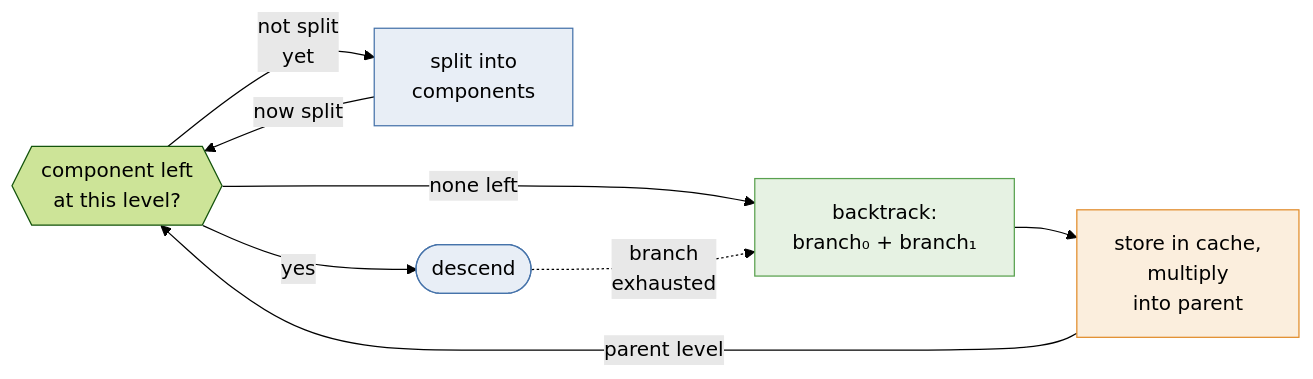
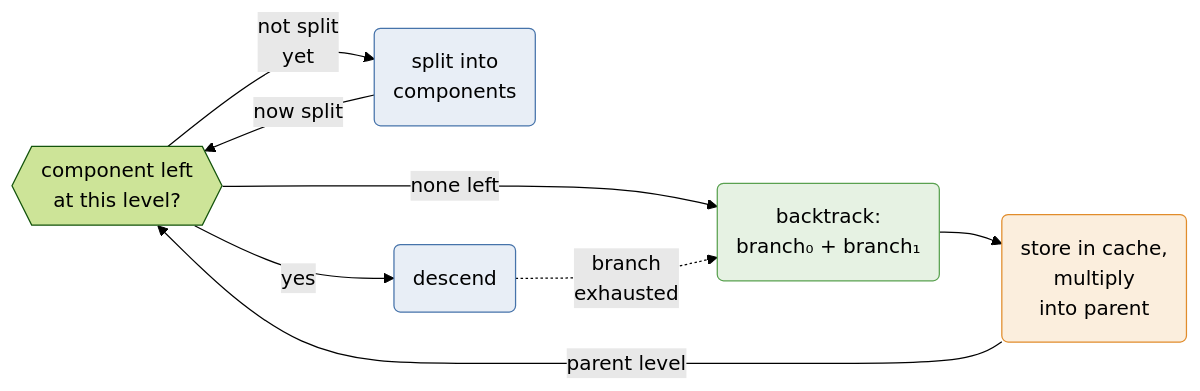
The diagram in figs/mermaid/ascend.mmd (meelgroup/ganak-presentation), drawn with Mermaid (forest theme) before and after one commit. The commit also changed 6 other files, not shown here.

Commit message:
Mermaid diagrams: one rounded box shape for every step

```diff
--- a/figs/mermaid/ascend.mmd
+++ b/figs/mermaid/ascend.mmd
@@ -1,17 +1,17 @@
 flowchart LR
   A{{"component left<br/>at this level?"}}
-  A -->|"not split<br/>yet"| B["split into<br/>components"]
+  A -->|"not split<br/>yet"| B("split into<br/>components")
   B -->|"now split"| A
-  A -->|yes| H([descend])
-  A -->|"none left"| J["backtrack:<br/>branch₀ + branch₁"]
+  A -->|yes| H(descend)
+  A -->|"none left"| J("backtrack:<br/>branch₀ + branch₁")
   H -.->|"branch<br/>exhausted"| J
-  J --> L["store in cache,<br/>multiply<br/>into parent"]
+  J --> L("store in cache,<br/>multiply<br/>into parent")
   L -->|"parent level"| A
 
   %% blue: search, green: counting, orange: cache
   classDef search fill:#e8eef6,stroke:#4673aa
   classDef count fill:#e6f2e3,stroke:#59a14f
   classDef cache fill:#fbeedd,stroke:#e18c2b
   class B,H search
   class J count
   class L cache
```
